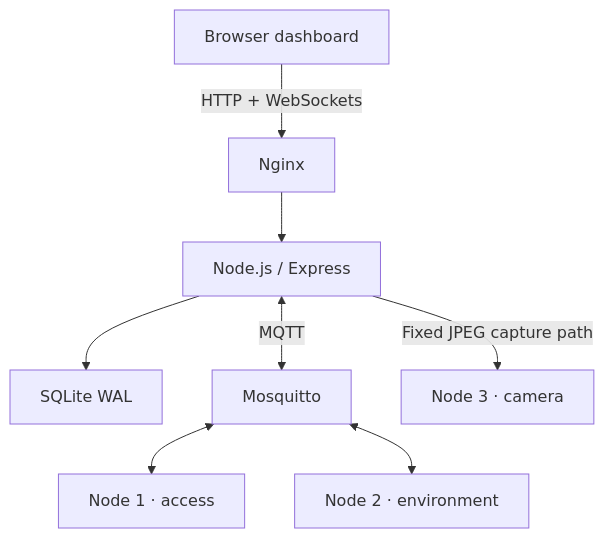
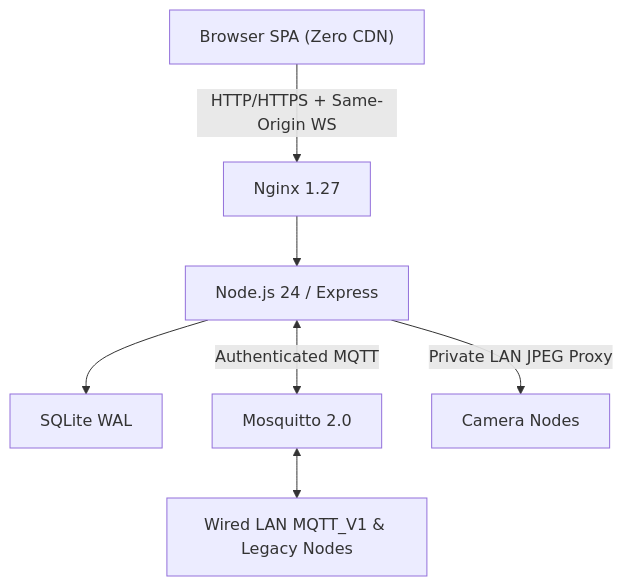
The diagram in README.md (AbdullahNSarhan/Smart-Facility-Management-System), drawn with Mermaid before and after one commit. The commit also changed other lines of this file and 55 other files, not shown here.

````diff
--- a/README.md
+++ b/README.md
@@ -53,10 +36,9 @@
 ```mermaid
 flowchart TD
-    Browser["Browser dashboard"] -->|"HTTP + WebSockets"| Nginx["Nginx"]
-    Nginx --> API["Node.js / Express"]
+    Browser["Browser SPA (Zero CDN)"] -->|"HTTP/HTTPS + Same-Origin WS"| Nginx["Nginx 1.27"]
+    Nginx --> API["Node.js 24 / Express"]
     API --> DB["SQLite WAL"]
-    API <-->|"MQTT"| Broker["Mosquitto"]
-    Broker <--> Access["Node 1 · access"]
-    Broker <--> Env["Node 2 · environment"]
-    API -->|"Fixed JPEG capture path"| Camera["Node 3 · camera"]
+    API <-->|"Authenticated MQTT"| Broker["Mosquitto 2.0"]
+    Broker <--> RoomNodes["Wired LAN MQTT_V1 & Legacy Nodes"]
+    API -->|"Private LAN JPEG Proxy"| Camera["Camera Nodes"]
 ```
````
